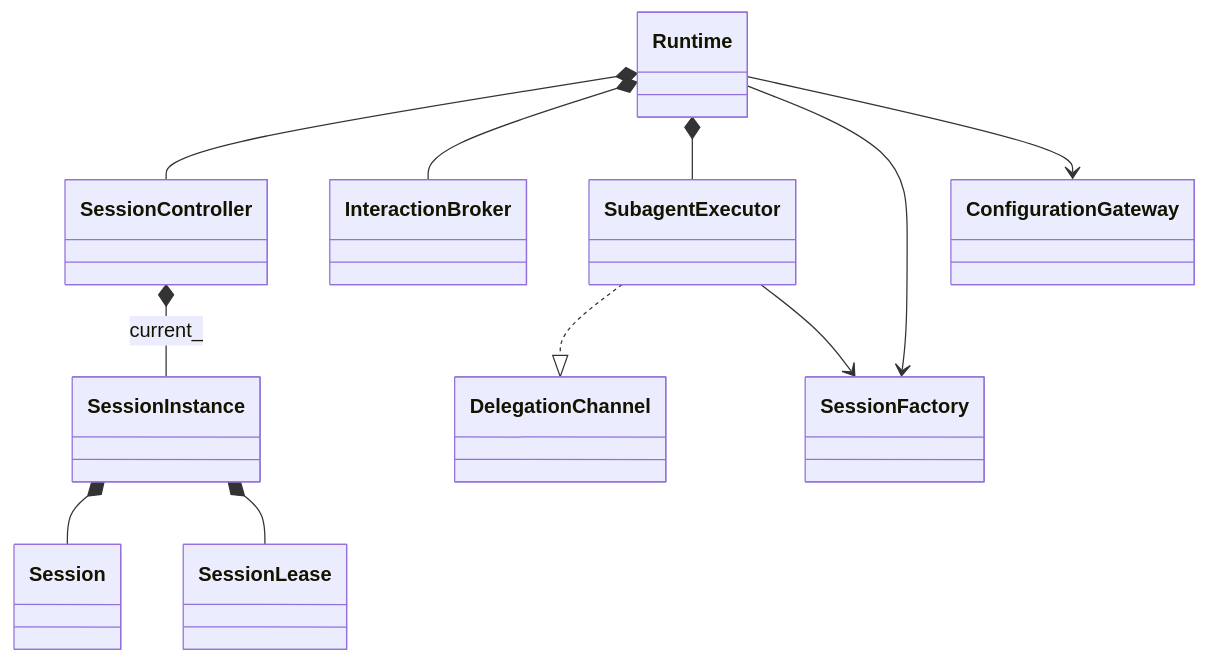
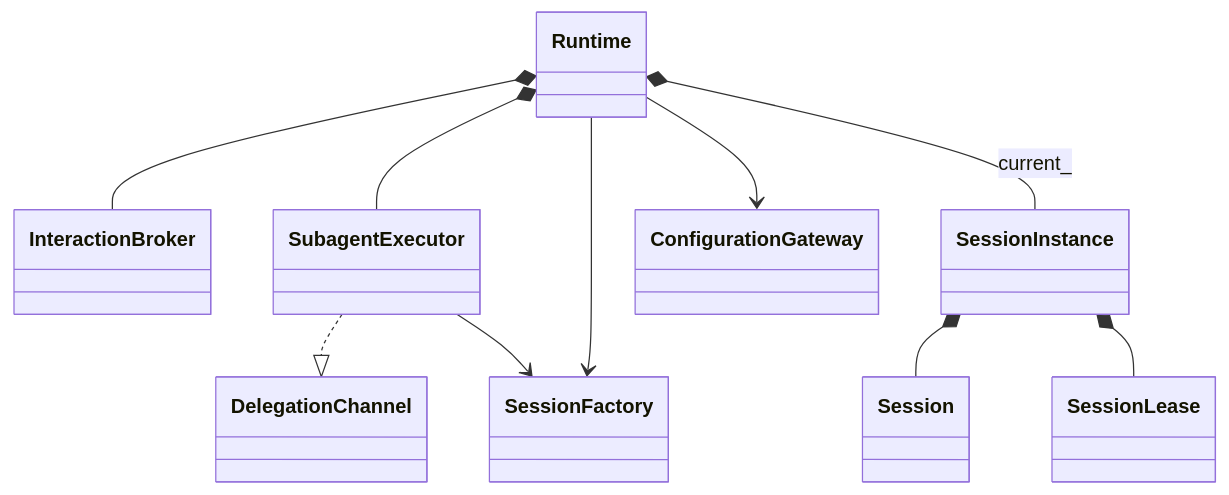
Before and after one commit to Summer-DeZ/DAgent: the first of 2 diagrams in docs/design/runtime.md, drawn with Mermaid. The commit also changed other lines of this file and 36 other files, not shown here.

````diff
--- a/docs/design/runtime.md
+++ b/docs/design/runtime.md
@@ -10,13 +10,12 @@
 ```mermaid
 classDiagram
-    Runtime *-- SessionController
     Runtime *-- InteractionBroker
     Runtime *-- SubagentExecutor
     Runtime --> SessionFactory
     Runtime --> ConfigurationGateway
-    SessionController *-- SessionInstance : current_
+    Runtime *-- SessionInstance : current_
     SessionInstance *-- Session
     SessionInstance *-- SessionLease
     SubagentExecutor ..|> DelegationChannel
     SubagentExecutor --> SessionFactory
 ```
````
